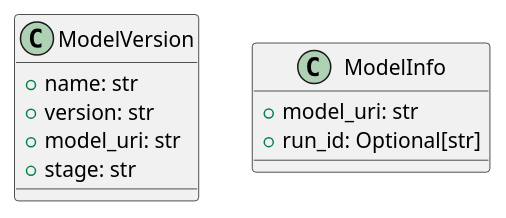
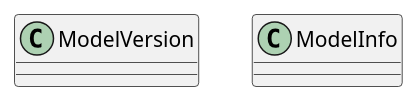
The diagram in openwiki/src/autogen_team/registry/entities.md (lgcorzo/llmops-python-package), drawn with PlantUML before and after one commit. The commit also changed other lines of this file and 77 other files, not shown here.

````diff
--- a/openwiki/src/autogen_team/registry/entities.md
+++ b/openwiki/src/autogen_team/registry/entities.md
@@ -49,14 +60,8 @@
 ```plantuml
 @startuml
-    class ModelVersion {
-        +name: str
-        +version: str
-        +model_uri: str
-        +stage: str
-    }
-    class ModelInfo {
-        +model_uri: str
-        +run_id: Optional[str]
-    }
+class ModelVersion {
+}
+class ModelInfo {
+}
 @enduml
 ```
````
